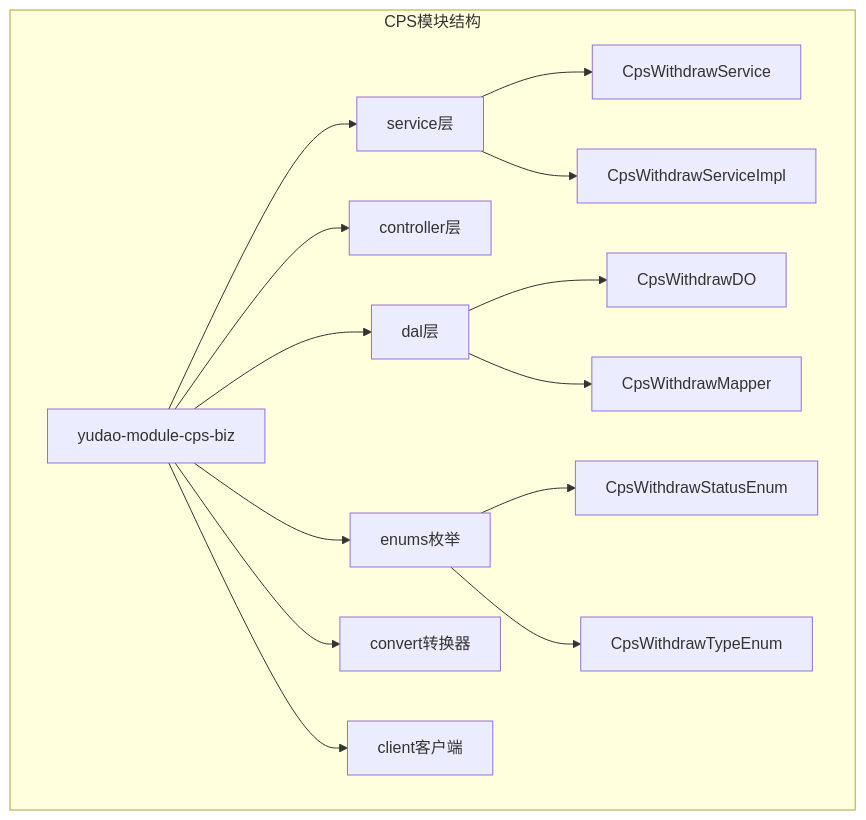
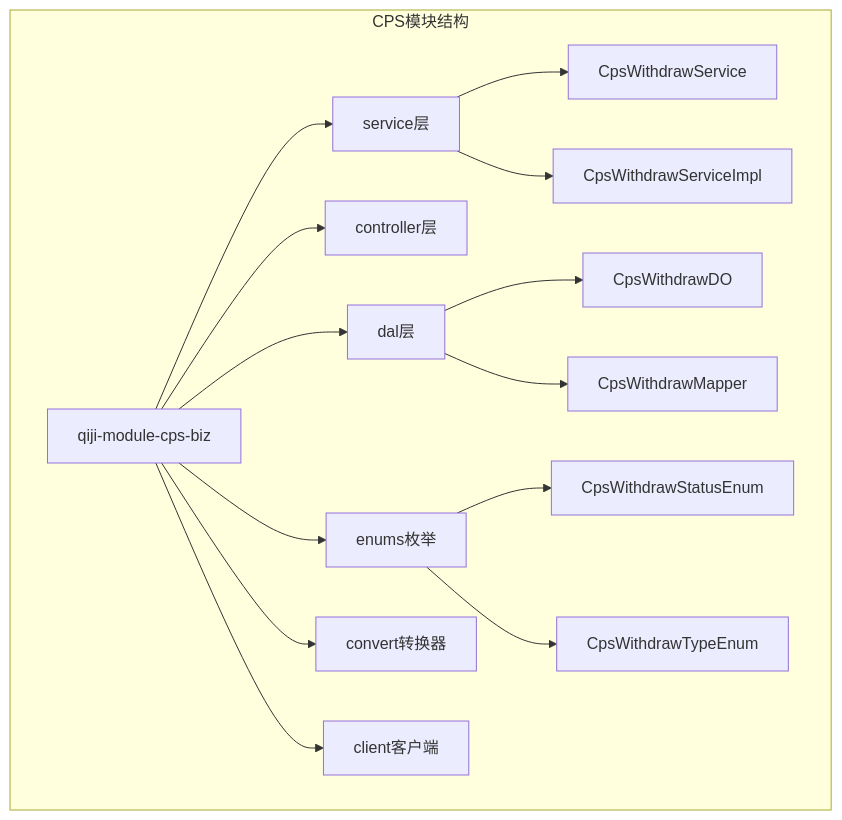
Before and after one commit to zhuangpengLI/AgenticCPS: the first of 9 diagrams in backend/.qoder/repowiki/zh/content/API接口文档/管理端管理接口/提现管理接口.md, drawn with Mermaid. The commit also changed other lines of this file and 3489 other files, not shown here.

````diff
--- a/backend/.qoder/repowiki/zh/content/API接口文档/管理端管理接口/提现管理接口.md
+++ b/backend/.qoder/repowiki/zh/content/API接口文档/管理端管理接口/提现管理接口.md
@@ -35,17 +35,17 @@
 ```mermaid
 graph TB
 subgraph "CPS模块结构"
-A[yudao-module-cps-biz] --> B[service层]
+A[qiji-module-cps-biz] --> B[service层]
 A --> C[controller层]
 A --> D[dal层]
 A --> E[enums枚举]
 A --> F[convert转换器]
 A --> G[client客户端]
 B --> B1[CpsWithdrawService]
 B --> B2[CpsWithdrawServiceImpl]
 D --> D1[CpsWithdrawDO]
 D --> D2[CpsWithdrawMapper]
 E --> E1[CpsWithdrawStatusEnum]
 E --> E2[CpsWithdrawTypeEnum]
 end
 ```
````
